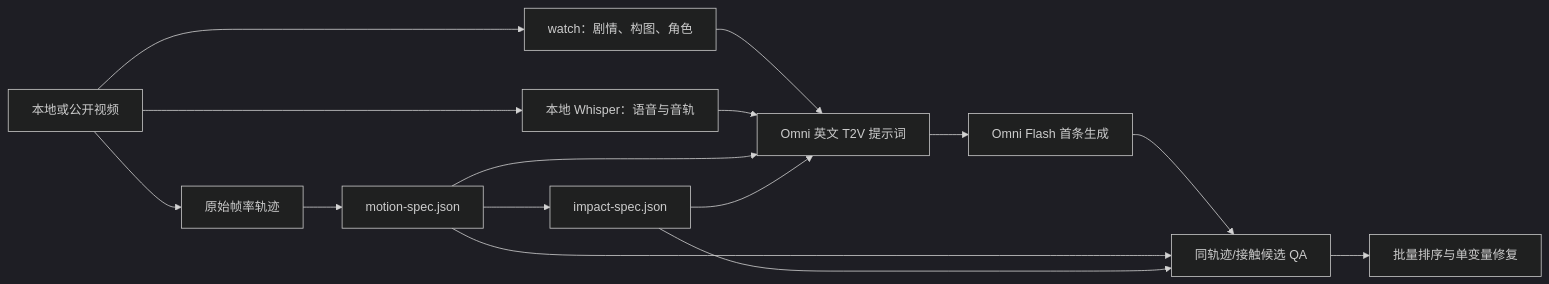
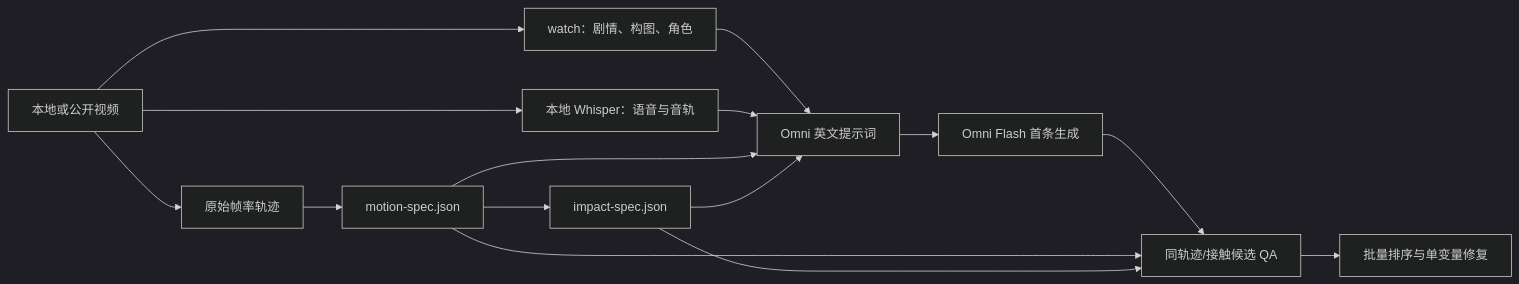
One commit to peipeijiang/tiktok-to-omni-video changed the diagram in README.md. Above: the diagram before and after it, drawn with Mermaid (dark theme). The commit also changed other lines of this file and 10 other files, not shown here.

````diff
--- a/README.md
+++ b/README.md
@@ -13,17 +13,17 @@
 ```mermaid
 flowchart LR
   V[本地或公开视频] --> W[watch：剧情、构图、角色]
   V --> A[本地 Whisper：语音与音轨]
   V --> T[原始帧率轨迹]
   T --> M[motion-spec.json]
   M --> I[impact-spec.json]
-  W --> P[Omni 英文 T2V 提示词]
+  W --> P[Omni 英文提示词]
   A --> P
   M --> P
   I --> P
   P --> O[Omni Flash 首条生成]
   O --> Q[同轨迹/接触候选 QA]
   M --> Q
   I --> Q
   Q --> R[批量排序与单变量修复]
 ```
````
